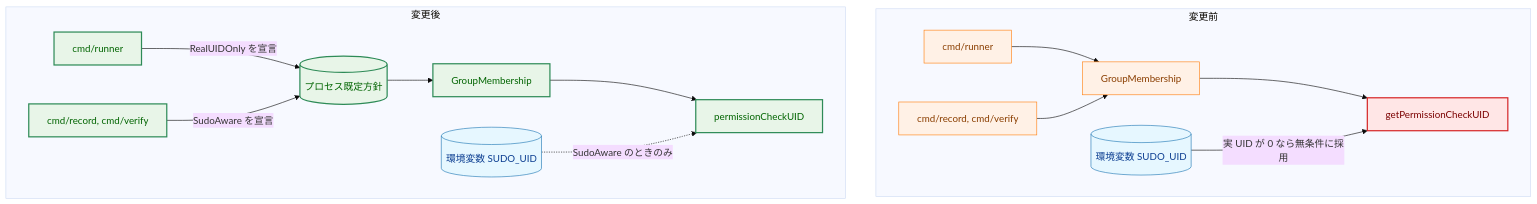
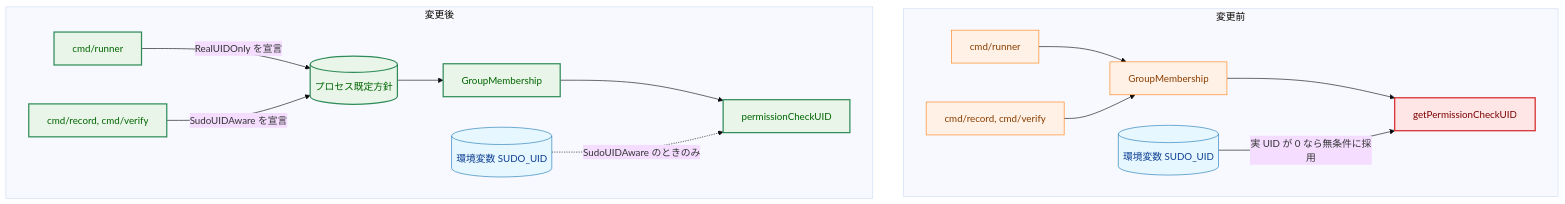
Before and after one commit to isseis/go-safe-cmd-runner: the third of 11 diagrams in docs/tasks/0160_permission_check_subject_explicit/02_architecture.md, drawn with Mermaid (base theme). The commit also changed other lines of this file and 1 other file, not shown here.

First line of the commit message:
docs(0160): rename SudoAware policy to SudoUIDAware

````diff
--- a/docs/tasks/0160_permission_check_subject_explicit/02_architecture.md
+++ b/docs/tasks/0160_permission_check_subject_explicit/02_architecture.md
@@ -93,27 +93,27 @@
 ```mermaid
 flowchart TD
     classDef data fill:#e6f7ff,stroke:#1f77b4,stroke-width:1px,color:#0b3d91;
     classDef process fill:#fff1e6,stroke:#ff7f0e,stroke-width:1px,color:#8a3e00;
     classDef enhanced fill:#e8f5e8,stroke:#2e8b57,stroke-width:2px,color:#006400;
     classDef problem fill:#ffe6e6,stroke:#d62728,stroke-width:2px,color:#7b0000;
 
     subgraph Before["変更前"]
         B1["cmd/runner"] --> B3["GroupMembership"]
         B2["cmd/record, cmd/verify"] --> B3
         B3 --> B4["getPermissionCheckUID"]
         B5[("環境変数 SUDO_UID")] -->|"実 UID が 0 なら無条件に採用"| B4
         class B4 problem
         class B1,B2,B3 process
     end
 
     subgraph After["変更後"]
         A1["cmd/runner"] -->|"RealUIDOnly を宣言"| A6[("プロセス既定方針")]
-        A2["cmd/record, cmd/verify"] -->|"SudoAware を宣言"| A6
+        A2["cmd/record, cmd/verify"] -->|"SudoUIDAware を宣言"| A6
         A6 --> A3["GroupMembership"]
         A3 --> A4["permissionCheckUID"]
-        A5[("環境変数 SUDO_UID")] -.->|"SudoAware のときのみ"| A4
+        A5[("環境変数 SUDO_UID")] -.->|"SudoUIDAware のときのみ"| A4
         class A1,A2,A3,A4,A6 enhanced
     end
 
     class B5,A5 data
 ```
````
